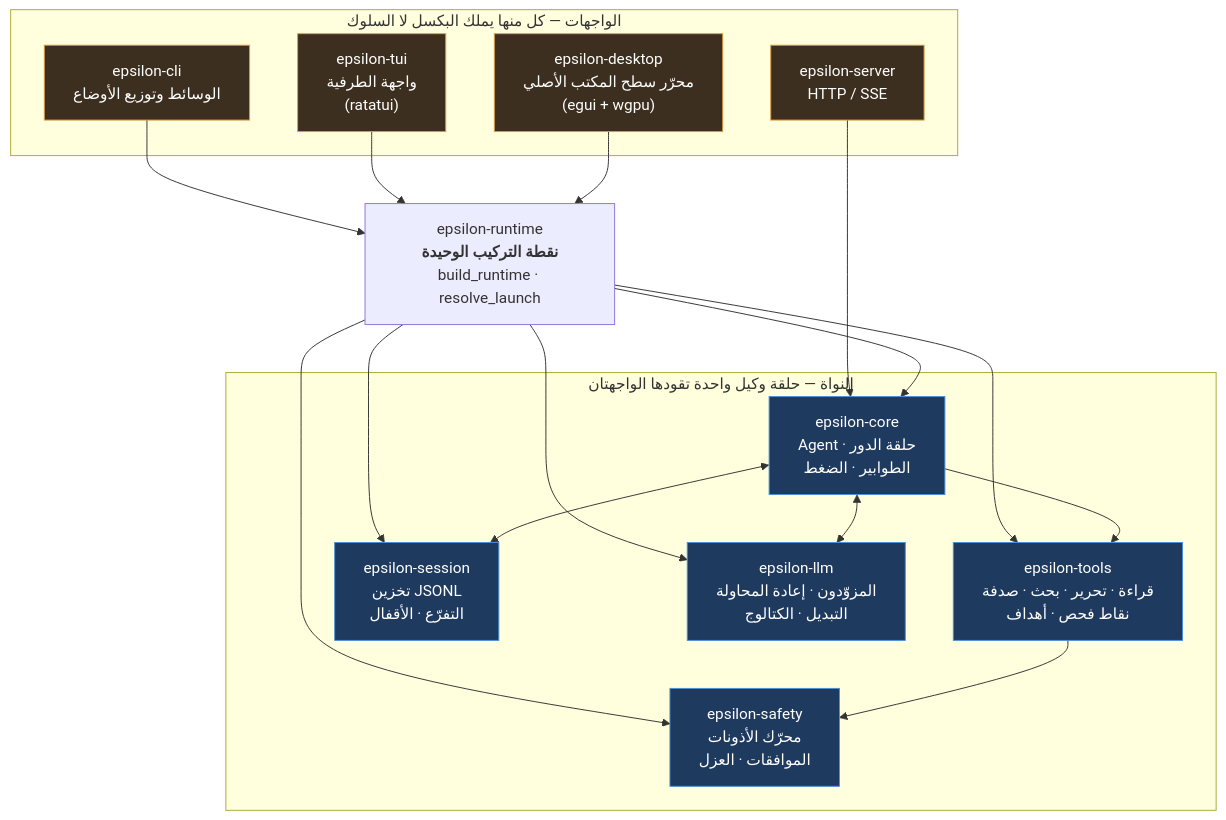
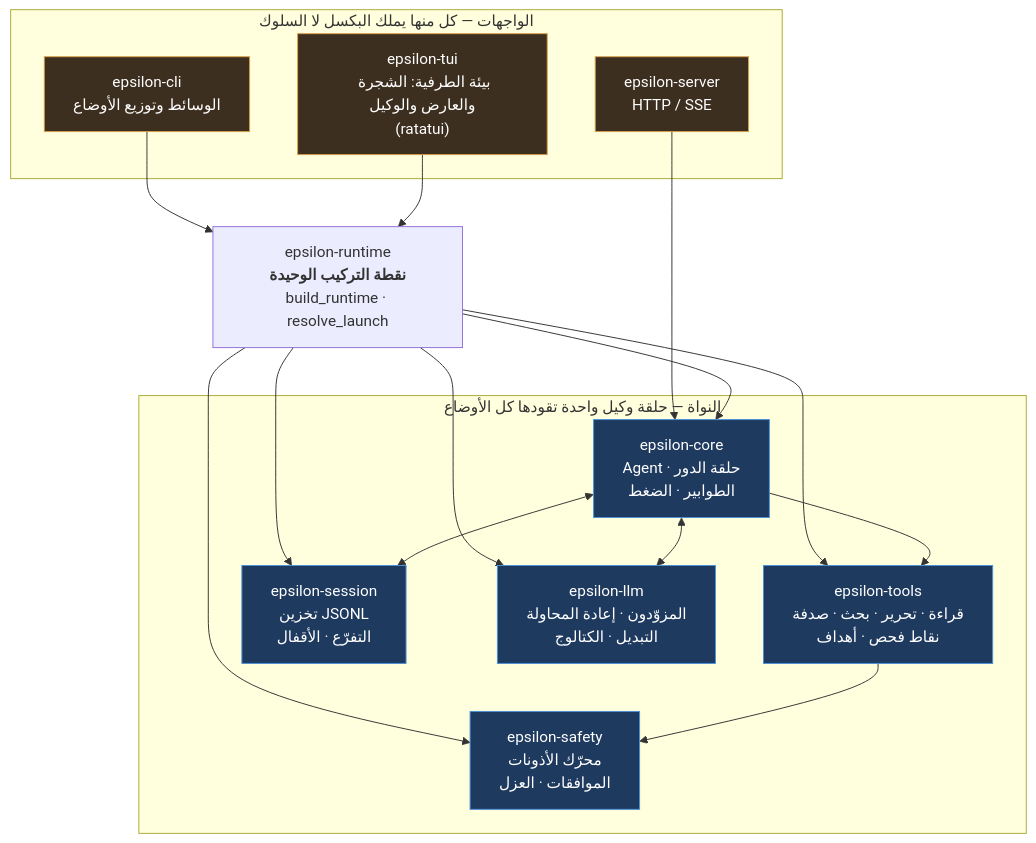
One commit to aivibecode1/epsilon changed the diagram in docs/START-HERE.ar.md. Above: the diagram before and after it, drawn with Mermaid. The commit also changed other lines of this file and 5 other files, not shown here.

````diff
--- a/docs/START-HERE.ar.md
+++ b/docs/START-HERE.ar.md
@@ -111,40 +108,38 @@
 ```mermaid
 flowchart TB
     subgraph frontends["الواجهات — كل منها يملك البكسل لا السلوك"]
         CLI["epsilon-cli<br/>الوسائط وتوزيع الأوضاع"]
-        TUI["epsilon-tui<br/>واجهة الطرفية<br/>(ratatui)"]
-        IDE["epsilon-desktop<br/>محرّر سطح المكتب الأصلي<br/>(egui + wgpu)"]
+        TUI["epsilon-tui<br/>بيئة الطرفية: الشجرة والعارض والوكيل<br/>(ratatui)"]
         SRV["epsilon-server<br/>HTTP / SSE"]
     end
 
     RT["epsilon-runtime<br/><b>نقطة التركيب الوحيدة</b><br/>build_runtime · resolve_launch"]
 
-    subgraph core["النواة — حلقة وكيل واحدة تقودها الواجهتان"]
+    subgraph core["النواة — حلقة وكيل واحدة تقودها كل الأوضاع"]
         AG["epsilon-core<br/>Agent · حلقة الدور<br/>الطوابير · الضغط"]
         TOOLS["epsilon-tools<br/>قراءة · تحرير · بحث · صدفة<br/>نقاط فحص · أهداف"]
         SAFE["epsilon-safety<br/>محرّك الأذونات<br/>الموافقات · العزل"]
         SESS["epsilon-session<br/>تخزين JSONL<br/>التفرّع · الأقفال"]
         LLM["epsilon-llm<br/>المزوّدون · إعادة المحاولة<br/>التبديل · الكتالوج"]
     end
 
     CLI --> RT
     TUI --> RT
-    IDE --> RT
     SRV --> AG
 
     RT --> AG
     RT --> TOOLS
     RT --> SAFE
     RT --> SESS
     RT --> LLM
 
     AG <--> LLM
     AG --> TOOLS
     TOOLS --> SAFE
     AG <--> SESS
 
     classDef corefill fill:#1f3a5f,stroke:#4a90d9,color:#fff
     classDef fefill fill:#3d2f1f,stroke:#d9a04a,color:#fff
     class AG,TOOLS,SAFE,SESS,LLM corefill
-    class CLI,TUI,IDE,SRV fefill
+    class CLI,TUI,SRV fefill
 ```
````
